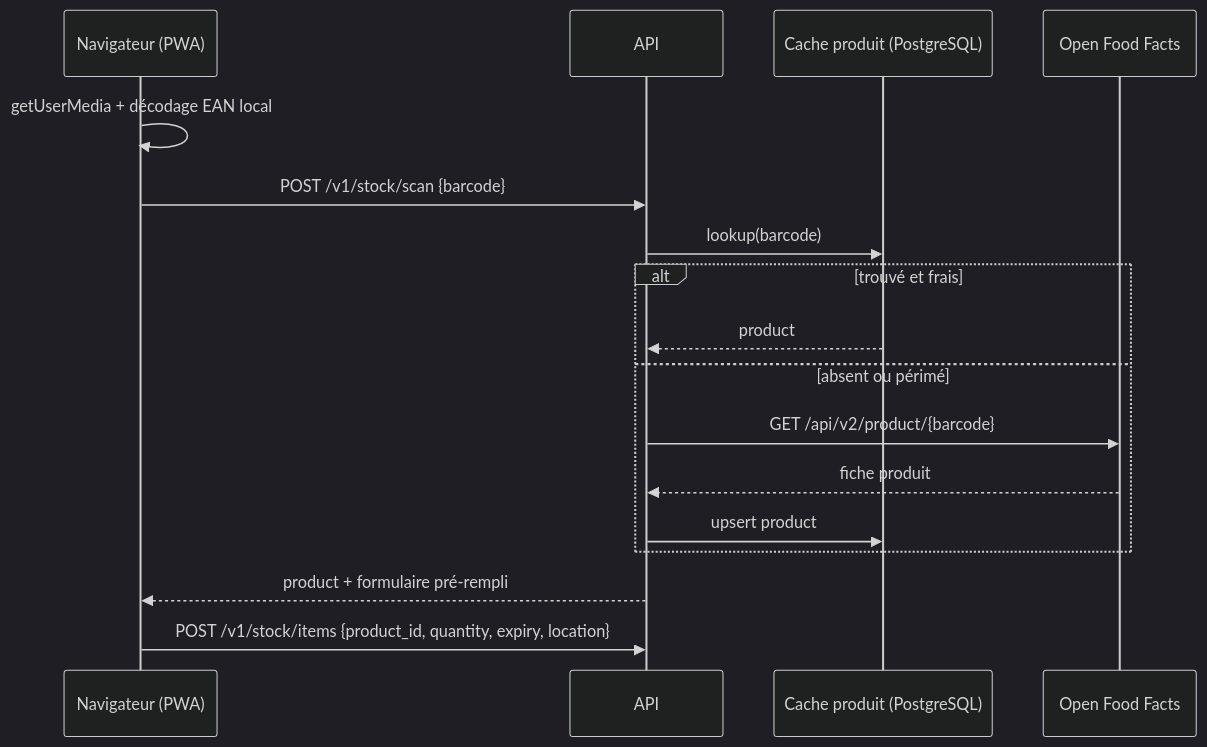
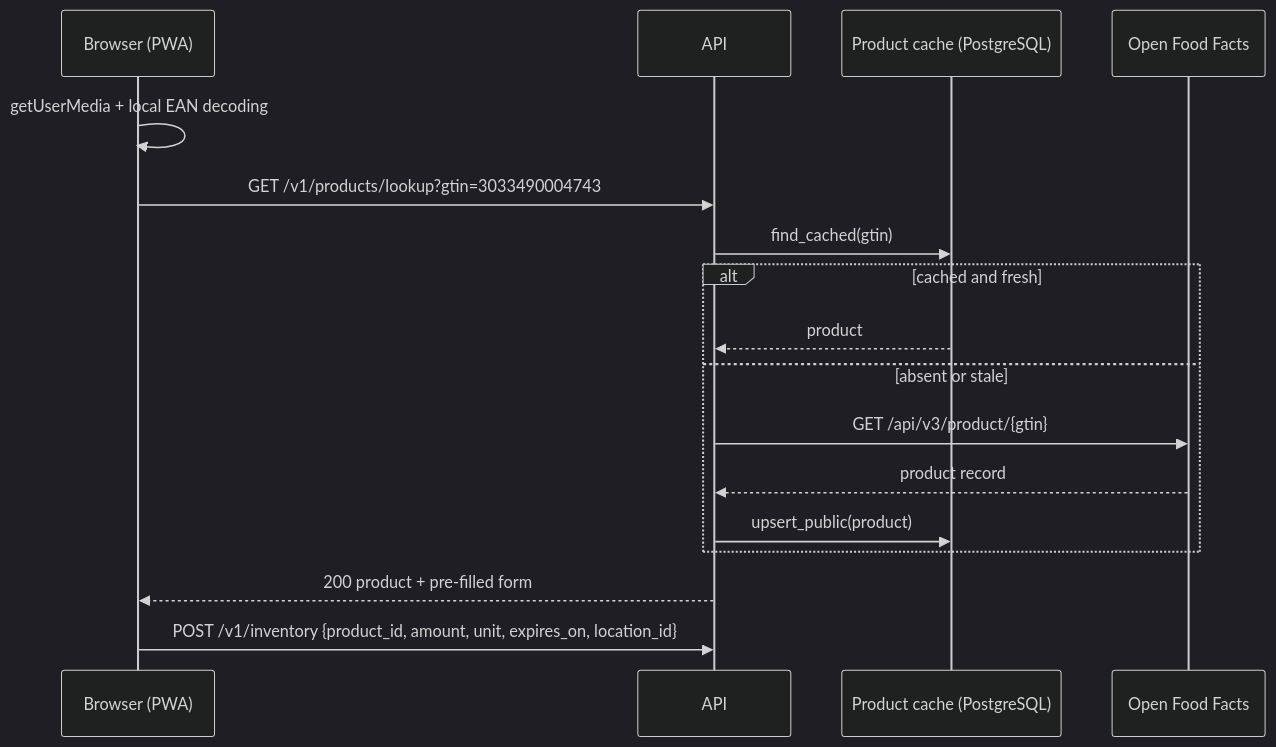
Before and after one commit to ClaraVnk/chaudron: the first of 2 diagrams in docs/architecture.md, drawn with Mermaid (dark theme). The commit also changed other lines of this file and 43 other files, not shown here.

````diff
--- a/docs/architecture.md
+++ b/docs/architecture.md
@@ -79,20 +77,20 @@
 ```mermaid
 sequenceDiagram
-    participant U as Navigateur (PWA)
+    participant U as Browser (PWA)
     participant A as API
-    participant C as Cache produit (PostgreSQL)
+    participant C as Product cache (PostgreSQL)
     participant O as Open Food Facts
 
-    U->>U: getUserMedia + décodage EAN local
-    U->>A: POST /v1/stock/scan {barcode}
-    A->>C: lookup(barcode)
-    alt trouvé et frais
+    U->>U: getUserMedia + local EAN decoding
+    U->>A: GET /v1/products/lookup?gtin=3033490004743
+    A->>C: find_cached(gtin)
+    alt cached and fresh
         C-->>A: product
-    else absent ou périmé
-        A->>O: GET /api/v2/product/{barcode}
-        O-->>A: fiche produit
-        A->>C: upsert product
+    else absent or stale
+        A->>O: GET /api/v3/product/{gtin}
+        O-->>A: product record
+        A->>C: upsert_public(product)
     end
-    A-->>U: product + formulaire pré-rempli
-    U->>A: POST /v1/stock/items {product_id, quantity, expiry, location}
+    A-->>U: 200 product + pre-filled form
+    U->>A: POST /v1/inventory {product_id, amount, unit, expires_on, location_id}
 ```
````
